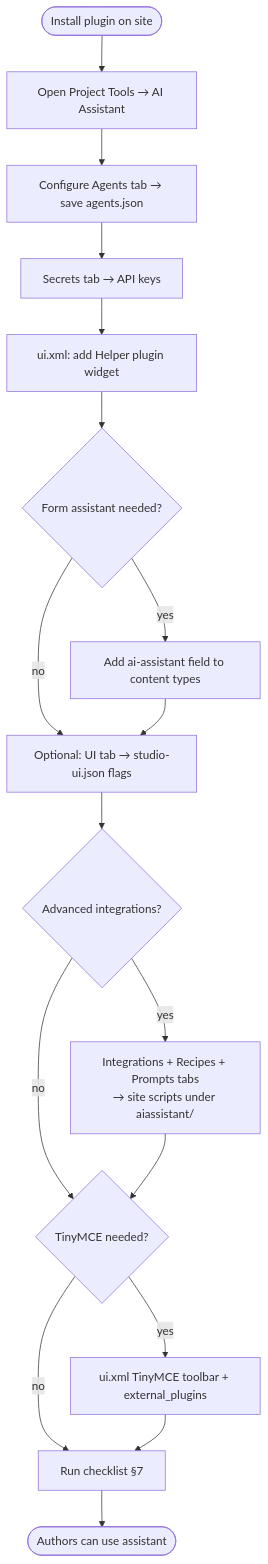
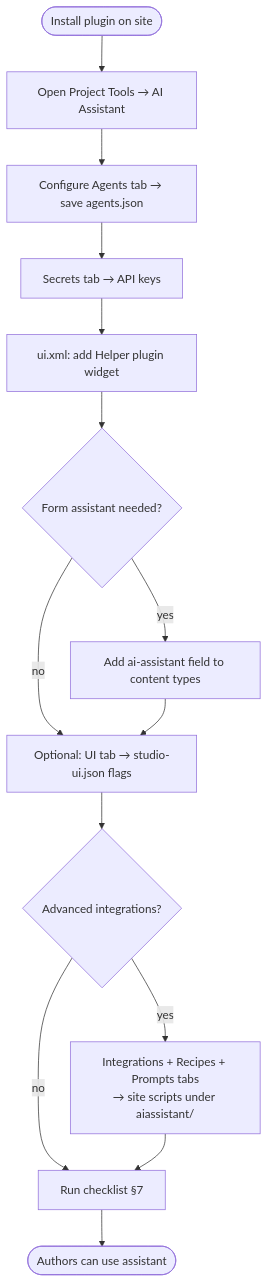
One commit to craftercms/ai-assistant-plugin changed the fourth of 13 diagrams in docs/architecture-diagrams.md. Above: the diagram before and after it, drawn with Mermaid. The commit also changed other lines of this file and 20 other files, not shown here.

First line of the commit message:
Remove TinyMCE plugin integration from the Studio bundle.

````diff
--- a/docs/architecture-diagrams.md
+++ b/docs/architecture-diagrams.md
@@ -197,19 +195,16 @@
 ```mermaid
 flowchart TD
   Start([Install plugin on site]) --> PT[Open Project Tools → AI Assistant]
   PT --> Agents[Configure Agents tab → save agents.json]
   Agents --> Secrets[Secrets tab → API keys]
   Secrets --> UiXml[ui.xml: add Helper plugin widget]
   UiXml --> Form{Form assistant needed?}
   Form -->|yes| FormDef[Add ai-assistant field to content types]
   Form -->|no| Flags
   FormDef --> Flags[Optional: UI tab → studio-ui.json flags]
   Flags --> Adv{Advanced integrations?}
   Adv -->|yes| AdvScripts[Integrations + Recipes + Prompts tabs\n→ site scripts under aiassistant/]
-  Adv -->|no| Tiny
-  AdvScripts --> Tiny{TinyMCE needed?}
-  Tiny -->|yes| TinyCfg[ui.xml TinyMCE toolbar + external_plugins]
-  Tiny -->|no| Check[Run checklist §7]
-  TinyCfg --> Check
+  Adv -->|no| Check
+  AdvScripts --> Check[Run checklist §7]
   Check --> Done([Authors can use assistant])
 ```
````
